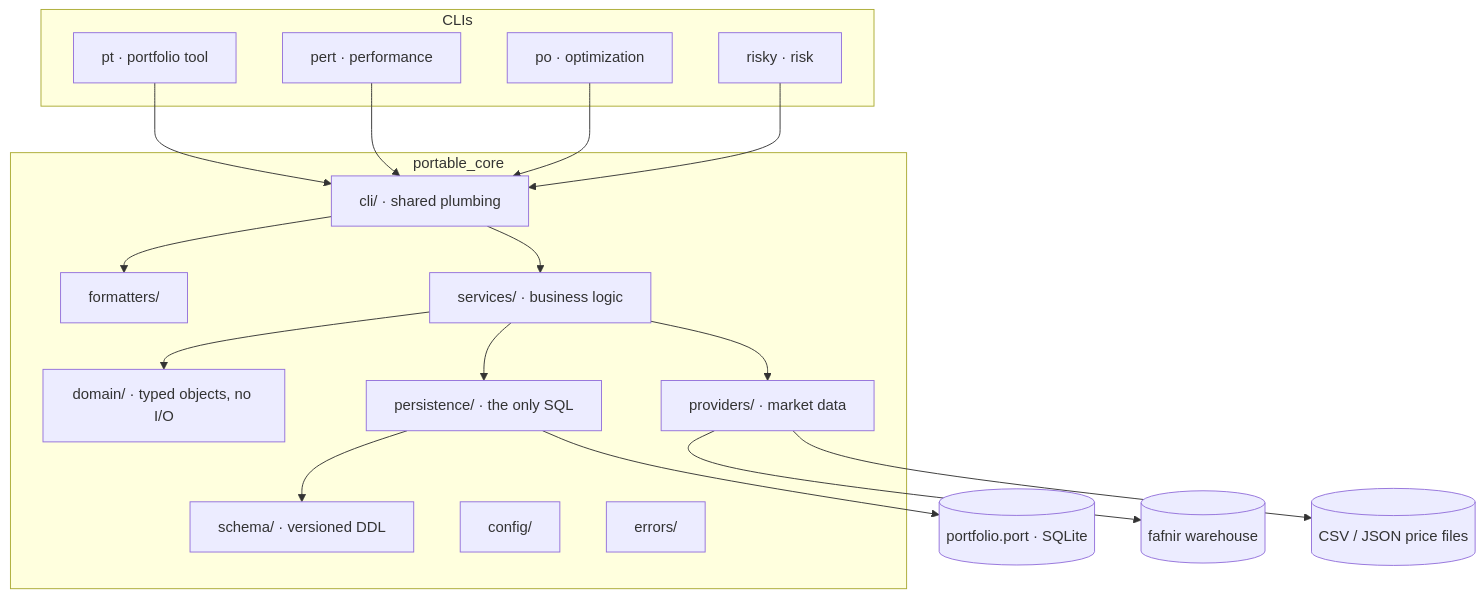
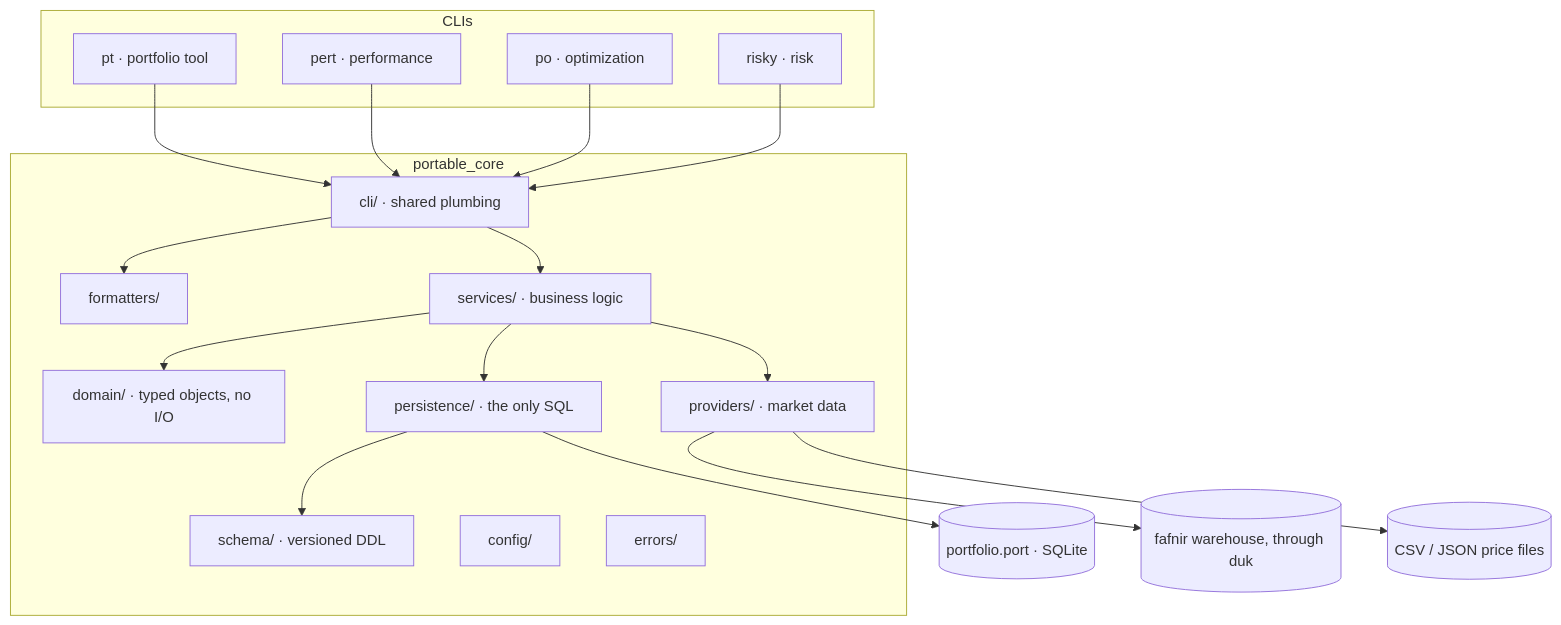
Before and after one commit to rtrimble13/portable: the diagram in docs/architecture.md, drawn with Mermaid. The commit also changed other lines of this file and 6 other files, not shown here.

First line of the commit message:
docs: describe fafnir as reached through duk alone

````diff
--- a/docs/architecture.md
+++ b/docs/architecture.md
@@ -12,37 +12,37 @@
 ```mermaid
 flowchart TB
   subgraph CLIs
     PT[pt · portfolio tool]
     PERT[pert · performance]
     PO[po · optimization]
     RISKY[risky · risk]
   end
   subgraph core[portable_core]
     CLIPLUMB[cli/ · shared plumbing]
     FMT[formatters/]
     SVC[services/ · business logic]
     DOM[domain/ · typed objects, no I/O]
     PERS[persistence/ · the only SQL]
     SCH[schema/ · versioned DDL]
     PROV[providers/ · market data]
     CFG[config/]
     ERR[errors/]
   end
   PORT[(portfolio.port · SQLite)]
-  FAF[(fafnir warehouse)]
+  FAF[(fafnir warehouse, through duk)]
   FILES[(CSV / JSON price files)]
 
   PT --> CLIPLUMB
   PERT --> CLIPLUMB
   PO --> CLIPLUMB
   RISKY --> CLIPLUMB
   CLIPLUMB --> SVC
   CLIPLUMB --> FMT
   SVC --> DOM
   SVC --> PERS
   SVC --> PROV
   PERS --> SCH
   PERS --> PORT
   PROV --> FAF
   PROV --> FILES
 ```
````
